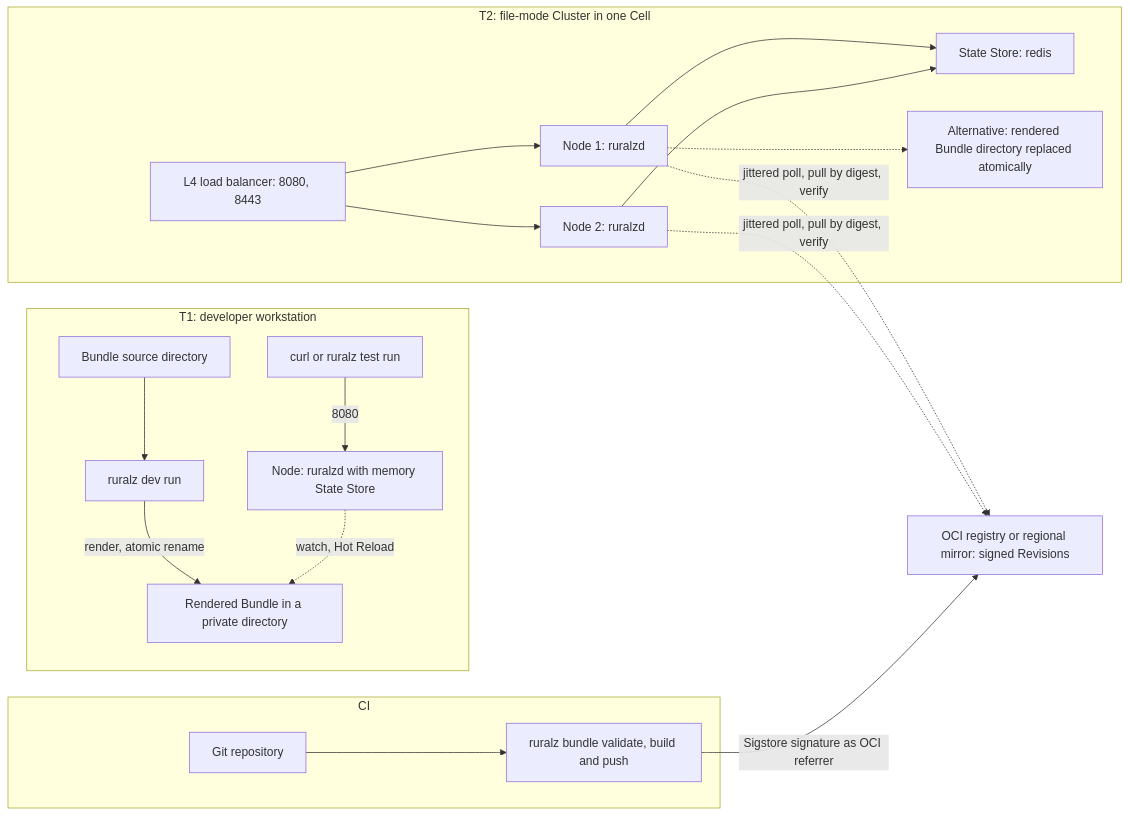
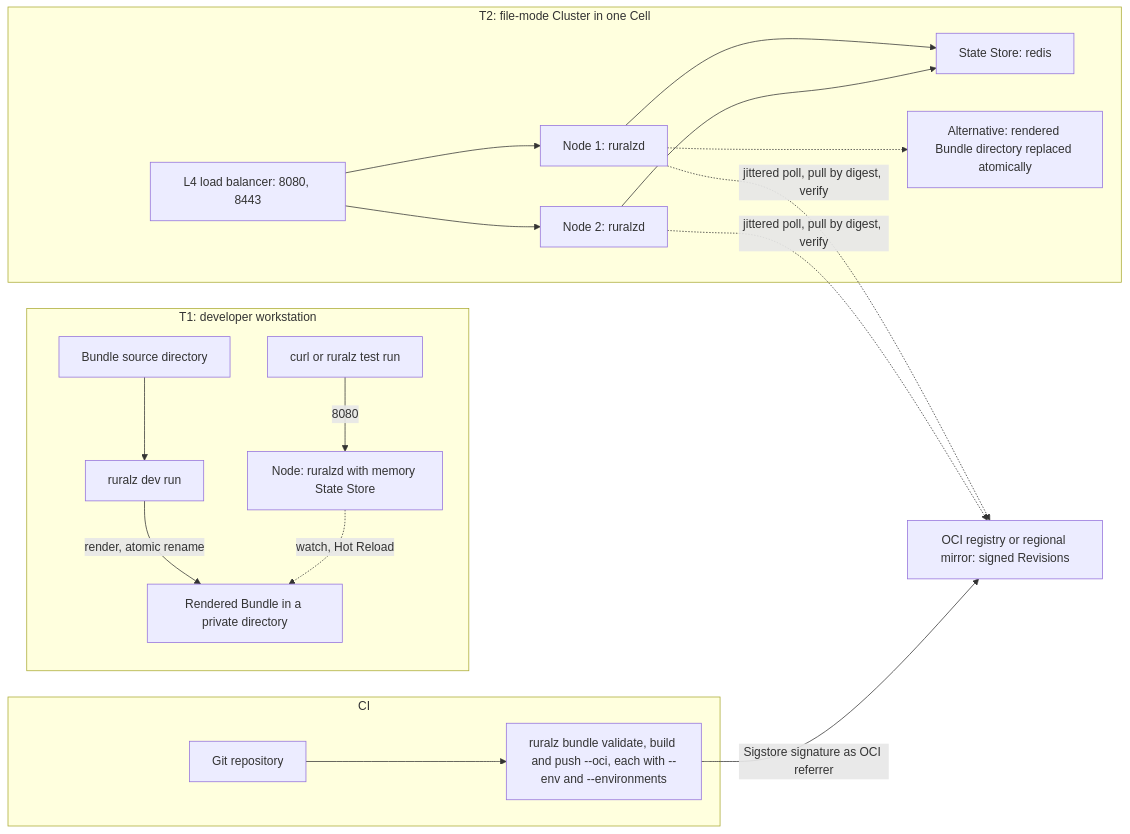
Before and after one commit to ravindu-rev/ruralz: the second of 7 diagrams in docs/operations/01-deployment-topologies.md, drawn with Mermaid. The commit also changed other lines of this file and 12 other files, not shown here.

````diff
--- a/docs/operations/01-deployment-topologies.md
+++ b/docs/operations/01-deployment-topologies.md
@@ -95,35 +88,35 @@
 ```mermaid
 flowchart LR
     subgraph dev["T1: developer workstation"]
         src["Bundle source directory"]
         cli["ruralz dev run"]
         tmp["Rendered Bundle in a private directory"]
         n0["Node: ruralzd with memory State Store"]
         tester["curl or ruralz test run"]
     end
     subgraph ci["CI"]
         git["Git repository"]
-        build["ruralz bundle validate, build and push"]
+        build["ruralz bundle validate, build and push --oci, each with --env and --environments"]
     end
     oci["OCI registry or regional mirror: signed Revisions"]
     subgraph fm["T2: file-mode Cluster in one Cell"]
         lb["L4 load balancer: 8080, 8443"]
         n1["Node 1: ruralzd"]
         n2["Node 2: ruralzd"]
         ss["State Store: redis"]
         dir["Alternative: rendered Bundle directory replaced atomically"]
     end
     src --> cli
     cli -->|"render, atomic rename"| tmp
     n0 -.->|"watch, Hot Reload"| tmp
     tester -->|"8080"| n0
     git --> build
     build -->|"Sigstore signature as OCI referrer"| oci
     n1 -.->|"jittered poll, pull by digest, verify"| oci
     n2 -.->|"jittered poll, pull by digest, verify"| oci
     n1 -.-> dir
     lb --> n1
     lb --> n2
     n1 --> ss
     n2 --> ss
 ```
````
